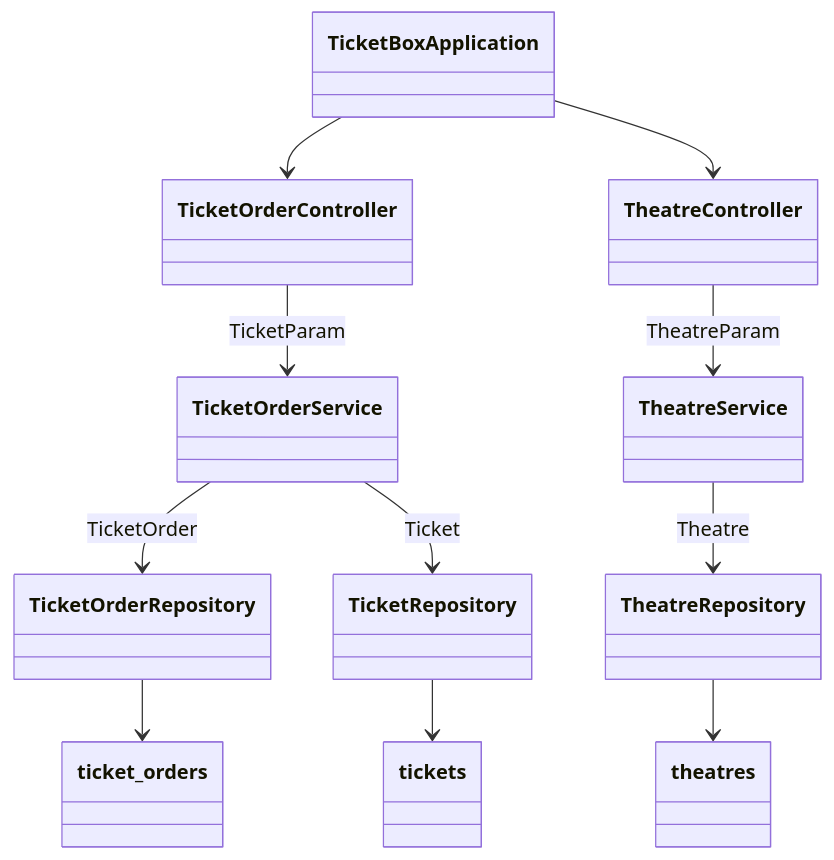
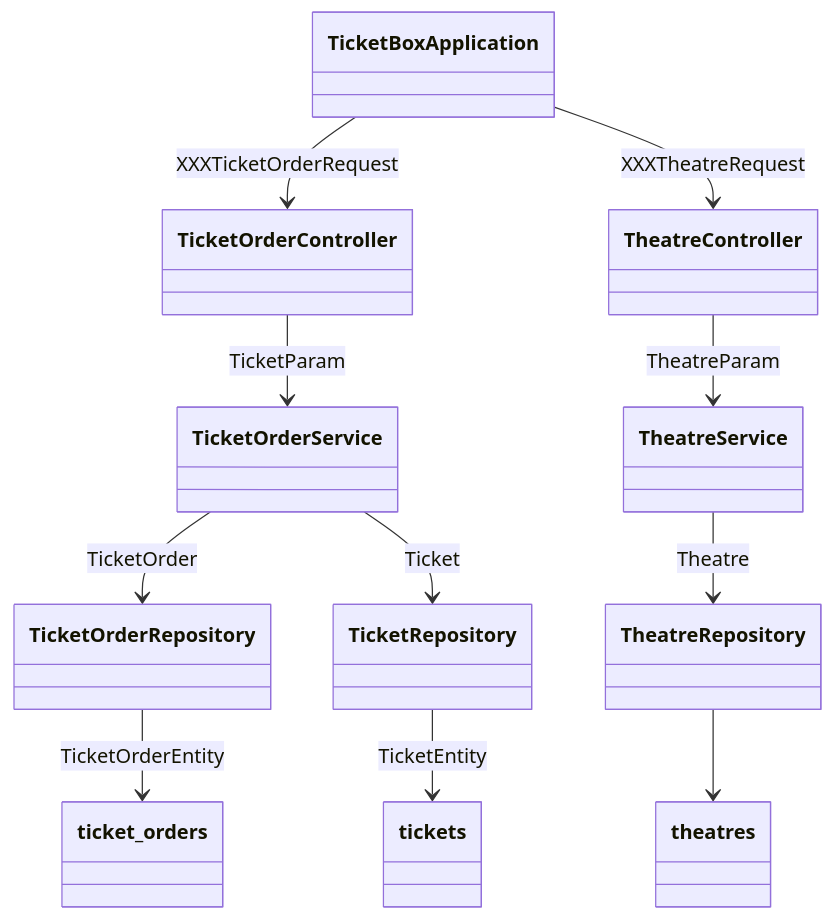
The diagram in class_diagram.mermaid (SY97P/Theatre_Manager_SpringBoot), drawn with Mermaid before and after one commit. The commit also changed 72 other files, not shown here.

Commit message:
feat: TicketOrder 구조 변경

```diff
--- a/class_diagram.mermaid
+++ b/class_diagram.mermaid
@@ -1,30 +1,30 @@
 classDiagram
 
     %% application
     class TicketBoxApplication
-    TicketBoxApplication --> TicketOrderController
-    TicketBoxApplication --> TheatreController
+    TicketBoxApplication --> TicketOrderController : XXXTicketOrderRequest
+    TicketBoxApplication --> TheatreController : XXXTheatreRequest
 
     %% controller
     class TicketOrderController
     TicketOrderController --> TicketOrderService : TicketParam
 
     class TheatreController
     TheatreController --> TheatreService : TheatreParam
 
     class TicketOrderService
     TicketOrderService --> TicketOrderRepository : TicketOrder
     TicketOrderService --> TicketRepository : Ticket
 
     class TheatreService
     TheatreService --> TheatreRepository : Theatre
 
     %% persistence
     class TicketRepository
-    TicketRepository --> tickets
+    TicketRepository --> tickets : TicketEntity
 
     class TicketOrderRepository
-    TicketOrderRepository --> ticket_orders
+    TicketOrderRepository --> ticket_orders : TicketOrderEntity
 
     class TheatreRepository
     TheatreRepository --> theatres
```
